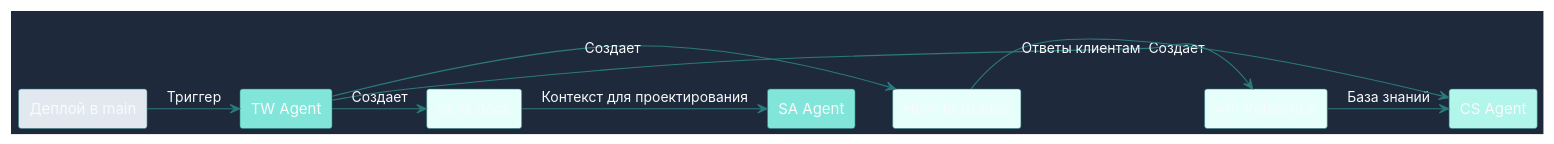
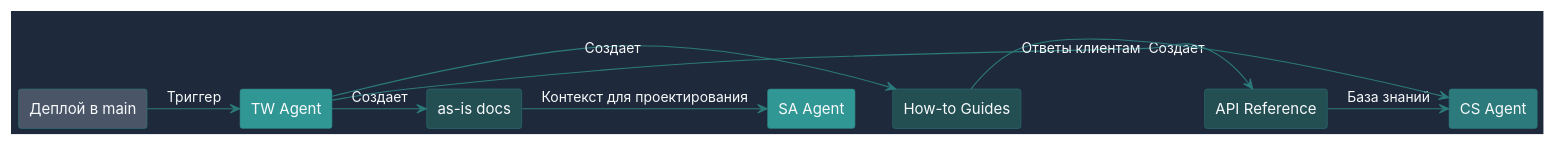
The diagram in docs/agents/tw-agent/profile.md (anurgaz/cita-agents), drawn with PlantUML before and after one commit. The commit also changed 11 other files, not shown here.

````diff
--- a/docs/agents/tw-agent/profile.md
+++ b/docs/agents/tw-agent/profile.md
@@ -63,26 +63,26 @@
 ```kroki-plantuml
 @startuml
 skinparam backgroundColor #1e293b
 skinparam shadowing false
 skinparam defaultFontName Inter
 skinparam defaultFontColor #f8fafc
 skinparam ArrowColor #2c7a7b
 skinparam RectangleBorderColor #2c7a7b
 
-rectangle "Деплой в main" as code #E2E8F0
-rectangle "TW Agent" as tw #81E6D9
-rectangle "API Reference" as api #E6FFFA
-rectangle "How-to Guides" as guides #E6FFFA
-rectangle "as-is docs" as docs #E6FFFA
-rectangle "CS Agent" as cs #B2F5EA
-rectangle "SA Agent" as sa #81E6D9
+rectangle "Деплой в main" as code #4A5568
+rectangle "TW Agent" as tw #319795
+rectangle "API Reference" as api #234E52
+rectangle "How-to Guides" as guides #234E52
+rectangle "as-is docs" as docs #234E52
+rectangle "CS Agent" as cs #2C7A7B
+rectangle "SA Agent" as sa #319795
 
 code -> tw : Триггер
 tw -> api : Создает
 tw -> guides : Создает
 tw -> docs : Создает
 api -> cs : База знаний
 guides -> cs : Ответы клиентам
 docs -> sa : Контекст для проектирования
 @enduml
 ```
````
